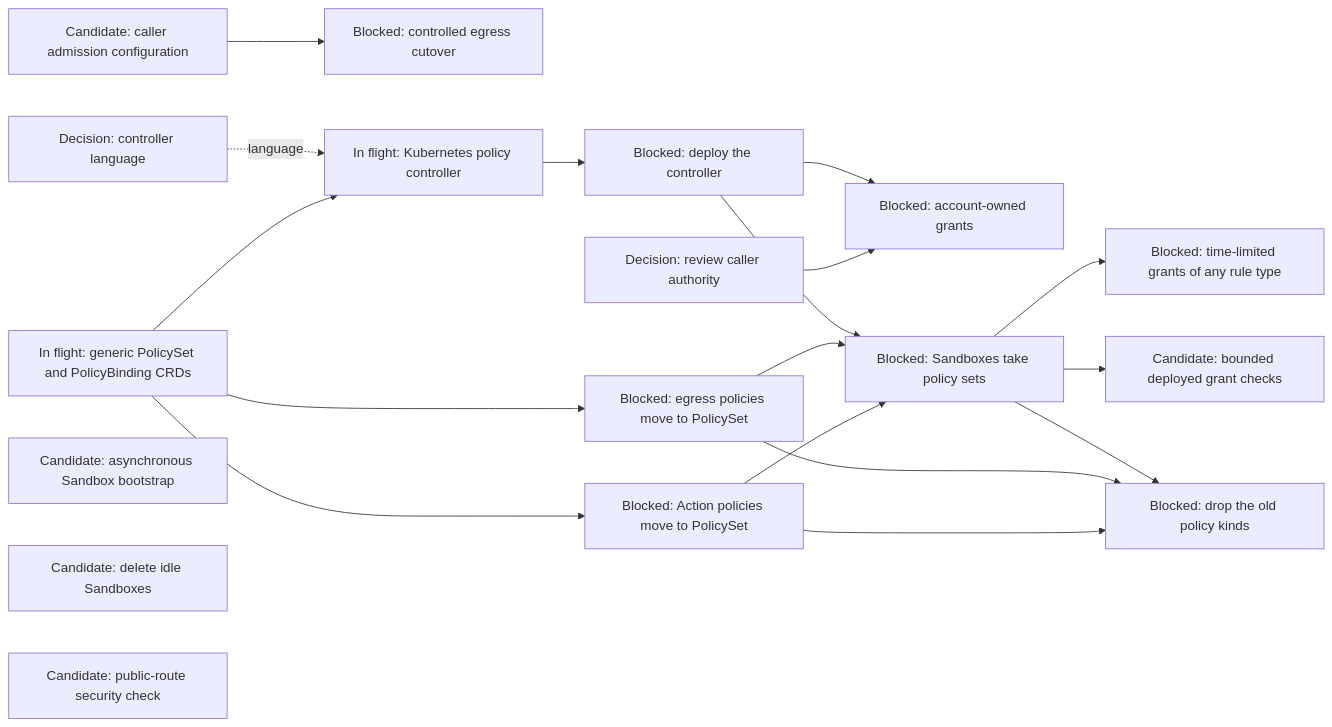
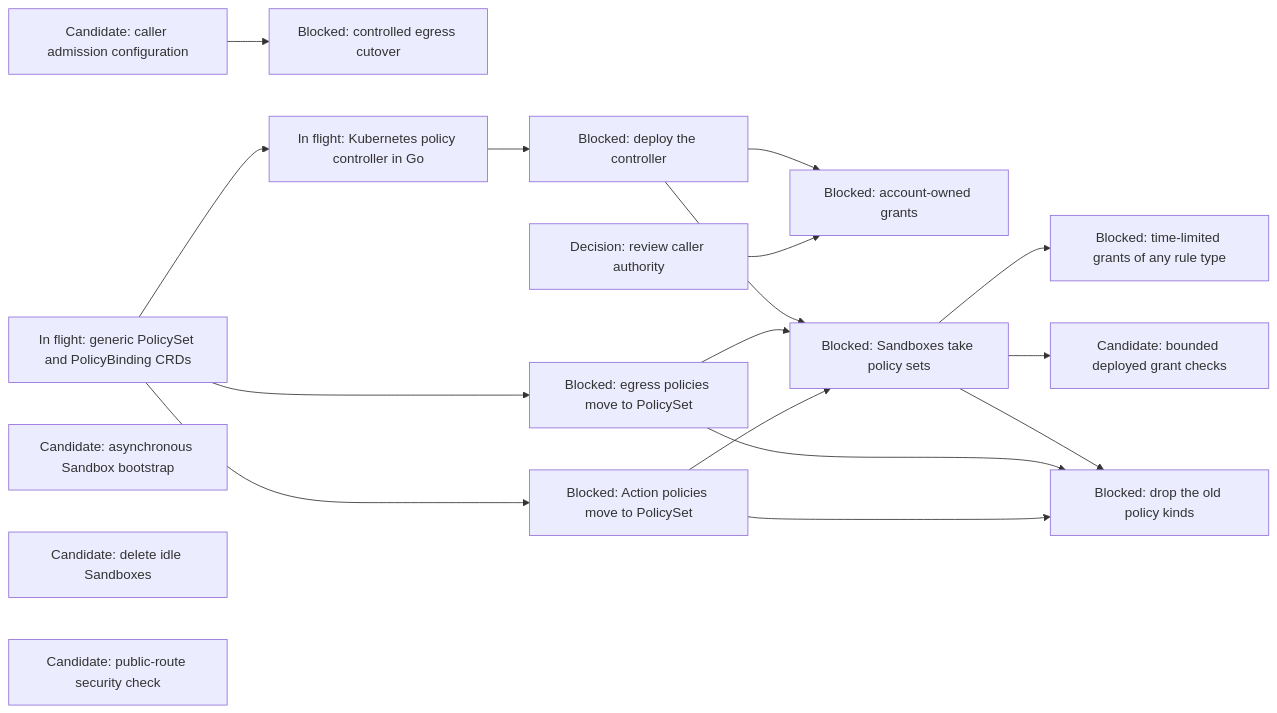
Before and after one commit to agentydragon-agent/ducktape: the eighth of 14 diagrams in agentplane/plans/task_dag.md, drawn with Mermaid. The commit also changed other lines of this file and 1 other file, not shown here.

````diff
--- a/agentplane/plans/task_dag.md
+++ b/agentplane/plans/task_dag.md
@@ -472,23 +472,22 @@
 ```mermaid
 flowchart LR
     PC_EGRESS_CREDENTIALS[Candidate: caller admission configuration] --> PC_EGRESS[Blocked: controlled egress cutover]
     CLAUDE_AI_SA[Decision: review caller authority] --> MANAGED_SA_RBAC[Blocked: account-owned grants]
-    POLICY_CRDS[In flight: generic PolicySet and PolicyBinding CRDs] --> K8S_POLICY_CONTROLLER[In flight: Kubernetes policy controller]
-    K8S_POLICY_CONTROLLER_LANGUAGE[Decision: controller language] -. language .-> K8S_POLICY_CONTROLLER
+    POLICY_CRDS[In flight: generic PolicySet and PolicyBinding CRDs] --> K8S_POLICY_CONTROLLER[In flight: Kubernetes policy controller in Go]
     POLICY_CRDS --> ACTION_POLICY_MIGRATE[Blocked: Action policies move to PolicySet]
     POLICY_CRDS --> EGRESS_POLICY_MIGRATE[Blocked: egress policies move to PolicySet]
     ACTION_POLICY_MIGRATE --> OLD_POLICY_KINDS_DROP[Blocked: drop the old policy kinds]
     EGRESS_POLICY_MIGRATE --> OLD_POLICY_KINDS_DROP
     ACTION_POLICY_MIGRATE --> POLICY_SANDBOX_CUTOVER
     EGRESS_POLICY_MIGRATE --> POLICY_SANDBOX_CUTOVER
     K8S_POLICY_CONTROLLER --> K8S_POLICY_DEPLOY[Blocked: deploy the controller]
     K8S_POLICY_DEPLOY --> POLICY_SANDBOX_CUTOVER[Blocked: Sandboxes take policy sets]
     POLICY_SANDBOX_CUTOVER --> POLICY_RUNTIME_GRANTS[Blocked: time-limited grants of any rule type]
     K8S_POLICY_DEPLOY --> MANAGED_SA_RBAC
     POLICY_SANDBOX_CUTOVER --> SANDBOX_RBAC
     POLICY_SANDBOX_CUTOVER --> OLD_POLICY_KINDS_DROP
     BOOTSTRAP_PROGRESS_CONTRACT[Candidate: asynchronous Sandbox bootstrap]
     SANDBOX_IDLE_EXPIRY[Candidate: delete idle Sandboxes]
     SANDBOX_RBAC[Candidate: bounded deployed grant checks]
     NOTIFICATION_INGRESS_BOUNDARY[Candidate: public-route security check]
 ```
````
